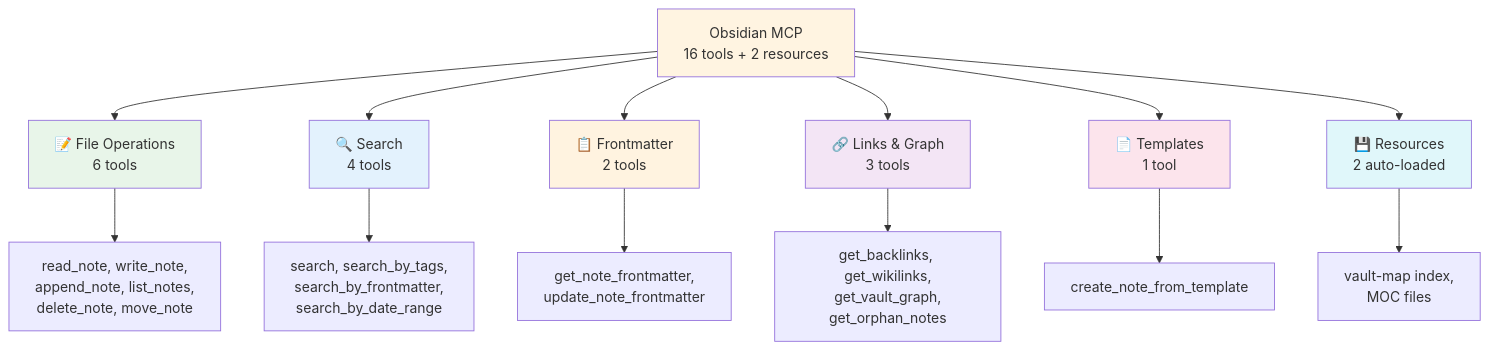
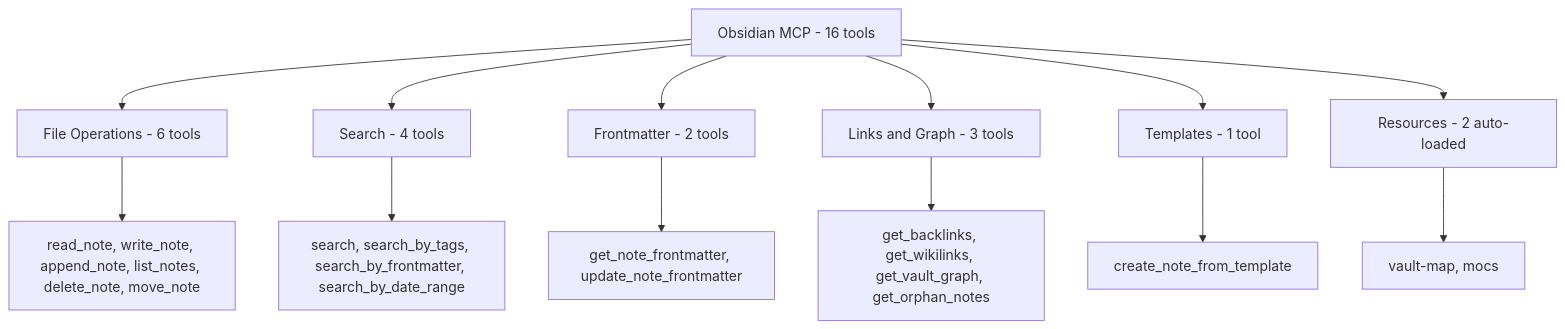
Before and after one commit to punparin/obsidian-mcp: the second of 3 diagrams in README.md, drawn with Mermaid. The commit also changed other lines of this file, not shown here.

First line of the commit message:
docs: simplify mermaid diagrams for GitHub compatibility

````diff
--- a/README.md
+++ b/README.md
@@ -23,26 +32,18 @@
 ```mermaid
 flowchart TD
-    MCP[Obsidian MCP<br/>16 tools + 2 resources]
+    MCP[Obsidian MCP - 16 tools]
 
-    MCP --> FileOps[📝 File Operations<br/>6 tools]
-    MCP --> Search[🔍 Search<br/>4 tools]
-    MCP --> Frontmatter[📋 Frontmatter<br/>2 tools]
-    MCP --> Links[🔗 Links & Graph<br/>3 tools]
-    MCP --> Templates[📄 Templates<br/>1 tool]
-    MCP --> Resources[💾 Resources<br/>2 auto-loaded]
+    MCP --> FileOps[File Operations - 6 tools]
+    MCP --> Search[Search - 4 tools]
+    MCP --> Meta[Frontmatter - 2 tools]
+    MCP --> Links[Links and Graph - 3 tools]
+    MCP --> Tpl[Templates - 1 tool]
+    MCP --> Res[Resources - 2 auto-loaded]
 
-    FileOps --> F1[read_note, write_note,<br/>append_note, list_notes,<br/>delete_note, move_note]
-    Search --> S1[search, search_by_tags,<br/>search_by_frontmatter,<br/>search_by_date_range]
-    Frontmatter --> FM1[get_note_frontmatter,<br/>update_note_frontmatter]
-    Links --> L1[get_backlinks, get_wikilinks,<br/>get_vault_graph,<br/>get_orphan_notes]
-    Templates --> T1[create_note_from_template]
-    Resources --> R1[vault-map index,<br/>MOC files]
-
-    style MCP fill:#fff4e1
-    style FileOps fill:#e8f5e9
-    style Search fill:#e3f2fd
-    style Frontmatter fill:#fff3e0
-    style Links fill:#f3e5f5
-    style Templates fill:#fce4ec
-    style Resources fill:#e0f7fa
+    FileOps --> F1[read_note, write_note, append_note, list_notes, delete_note, move_note]
+    Search --> S1[search, search_by_tags, search_by_frontmatter, search_by_date_range]
+    Meta --> FM1[get_note_frontmatter, update_note_frontmatter]
+    Links --> L1[get_backlinks, get_wikilinks, get_vault_graph, get_orphan_notes]
+    Tpl --> T1[create_note_from_template]
+    Res --> R1[vault-map, mocs]
 ```
````
